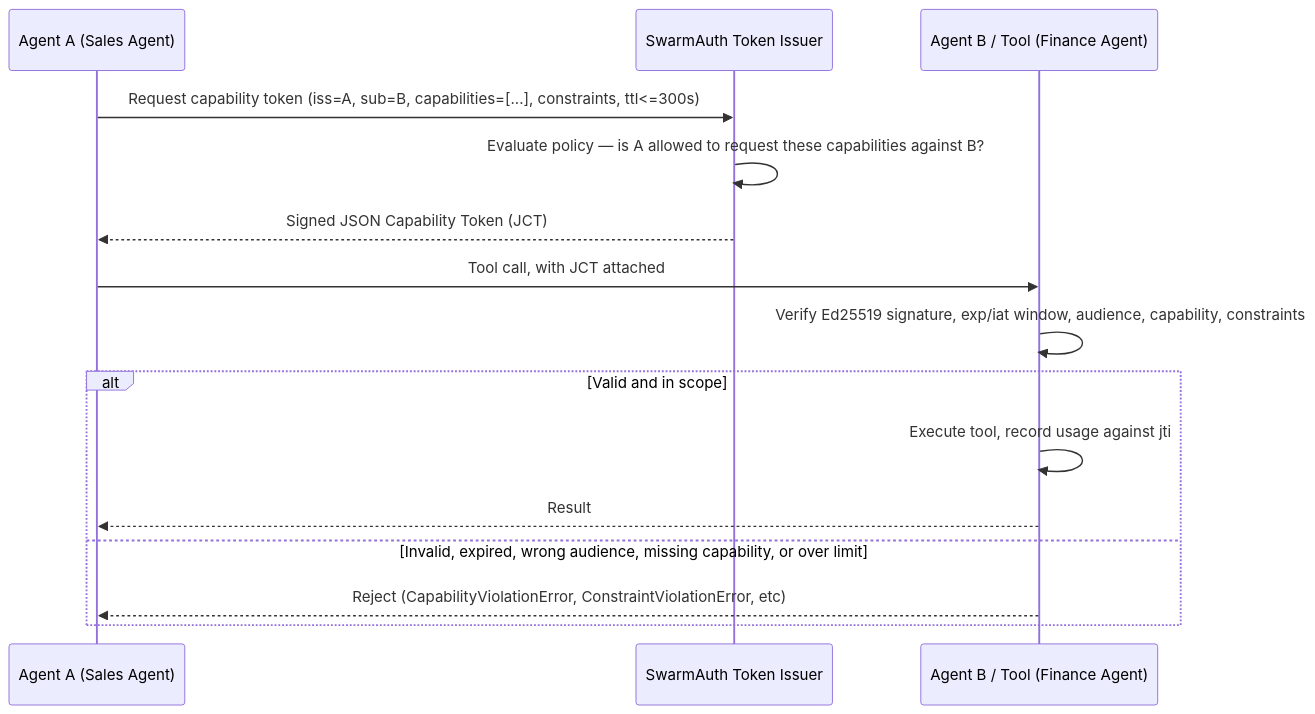
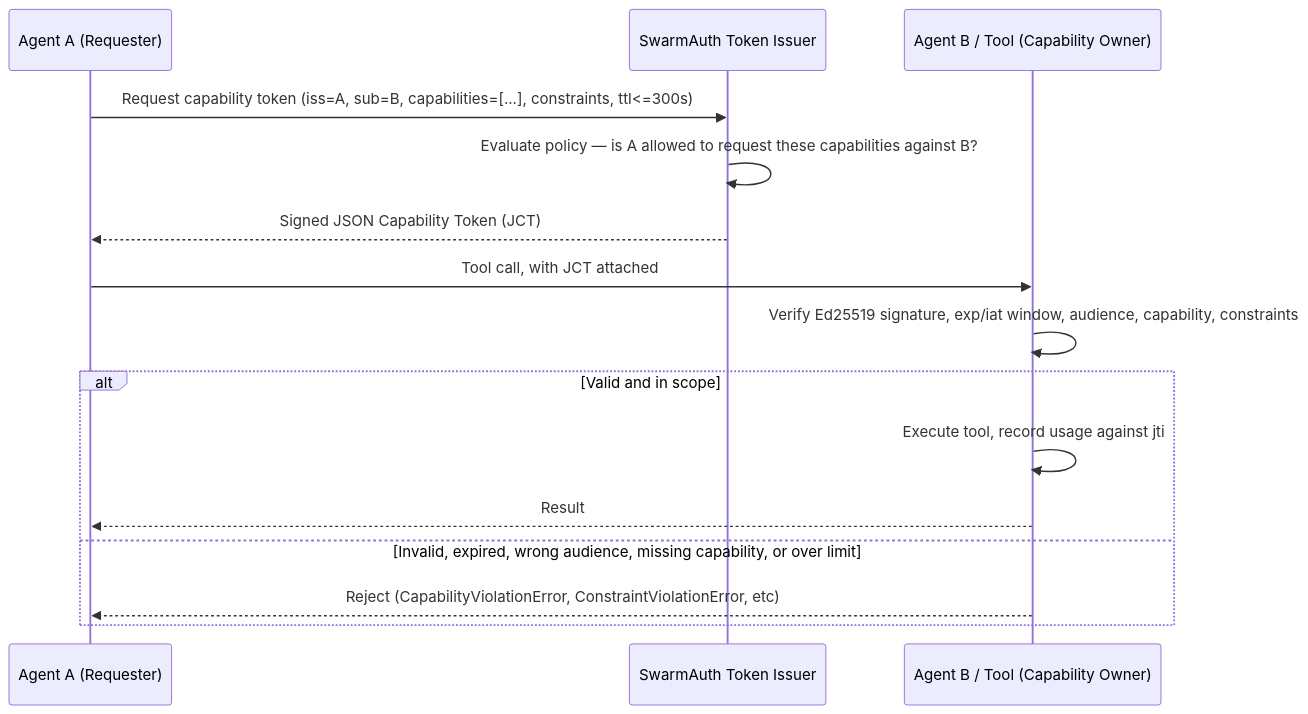
Before and after one commit to waspdrey/swarmauth: the diagram in README.md, drawn with Mermaid. The commit also changed other lines of this file and 21 other files, not shown here.

````diff
--- a/README.md
+++ b/README.md
@@ -134,18 +167,18 @@
 ```mermaid
 sequenceDiagram
-    participant A as Agent A (Sales Agent)
+    participant A as Agent A (Requester)
     participant I as SwarmAuth Token Issuer
-    participant B as Agent B / Tool (Finance Agent)
+    participant B as Agent B / Tool (Capability Owner)
 
     A->>I: Request capability token (iss=A, sub=B, capabilities=[...], constraints, ttl<=300s)
     I->>I: Evaluate policy — is A allowed to request these capabilities against B?
     I-->>A: Signed JSON Capability Token (JCT)
     A->>B: Tool call, with JCT attached
     B->>B: Verify Ed25519 signature, exp/iat window, audience, capability, constraints
     alt Valid and in scope
         B->>B: Execute tool, record usage against jti
         B-->>A: Result
     else Invalid, expired, wrong audience, missing capability, or over limit
         B-->>A: Reject (CapabilityViolationError, ConstraintViolationError, etc)
     end
 ```
````
